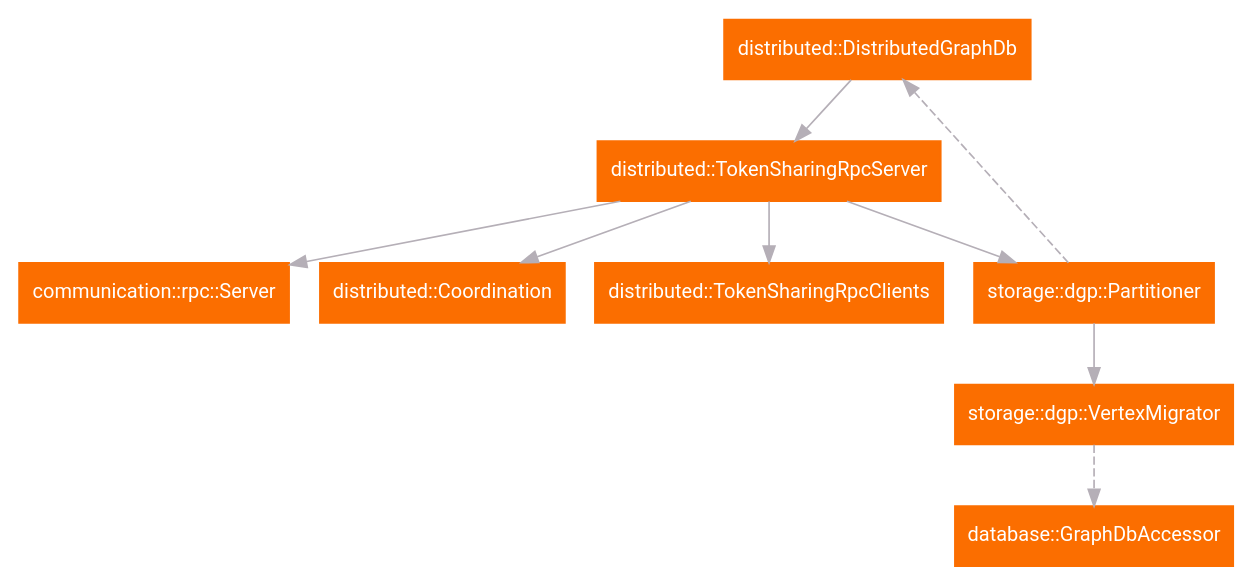
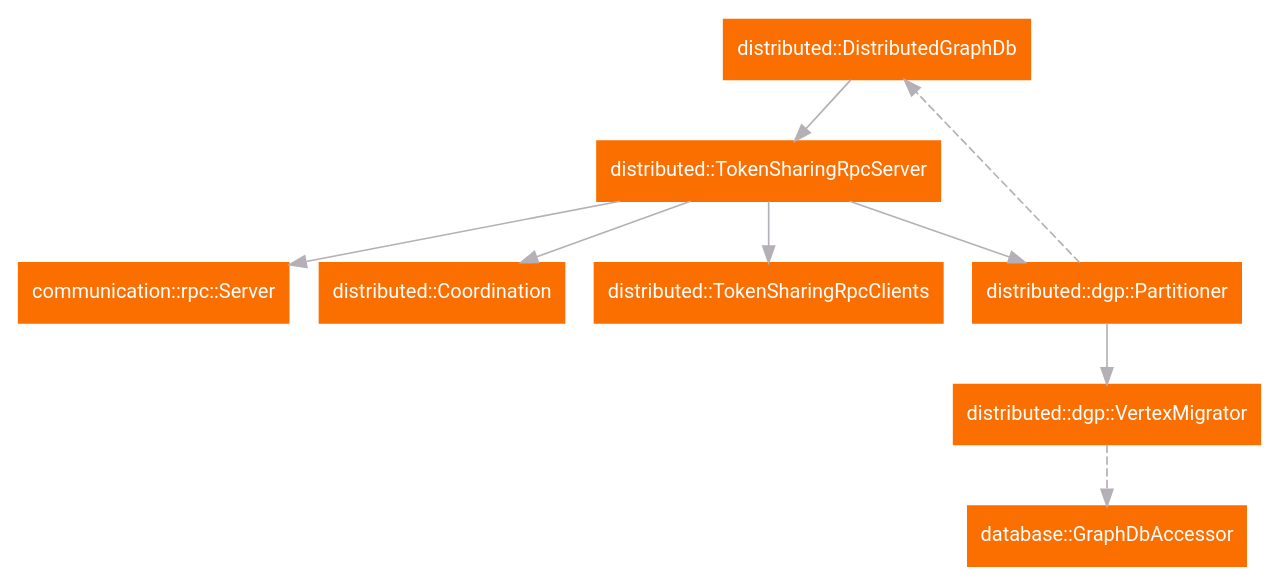
One commit to memgraph/memgraph changed the diagram in docs/dev/diagram/dgp/logical.dot. Above: the diagram before and after it, drawn with Graphviz. The commit also changed 16 other files, not shown here.

```diff
--- a/docs/dev/diagram/dgp/logical.dot
+++ b/docs/dev/diagram/dgp/logical.dot
@@ -1,22 +1,22 @@
 digraph {
   // label="Dynamig Graph Partitioning";
   fontname="Roboto Bold"; fontcolor=black;
     fontsize=26; labelloc=top; labeljust=center;
   compound=true; // If true, allow edges between clusters
   rankdir=TB; // Alternatives: LR
   node [shape=record fontname="Roboto", fontsize=12, fontcolor=white
         style=filled, color="#FB6E00" fillcolor="#FB6E00"];
   edge [color="#B5AFB7"];
 
   "distributed::DistributedGraphDb" -> "distributed::TokenSharingRpcServer";
 
   "distributed::TokenSharingRpcServer" -> "communication::rpc::Server";
   "distributed::TokenSharingRpcServer" -> "distributed::Coordination";
   "distributed::TokenSharingRpcServer" -> "distributed::TokenSharingRpcClients";
-  "distributed::TokenSharingRpcServer" -> "storage::dgp::Partitioner";
+  "distributed::TokenSharingRpcServer" -> "distributed::dgp::Partitioner";
 
-  "storage::dgp::Partitioner" -> "distributed::DistributedGraphDb" [style=dashed];
+  "distributed::dgp::Partitioner" -> "distributed::DistributedGraphDb" [style=dashed];
 
-  "storage::dgp::Partitioner" -> "storage::dgp::VertexMigrator";
-  "storage::dgp::VertexMigrator" -> "database::GraphDbAccessor" [style=dashed];
+  "distributed::dgp::Partitioner" -> "distributed::dgp::VertexMigrator";
+  "distributed::dgp::VertexMigrator" -> "database::GraphDbAccessor" [style=dashed];
 }
```
